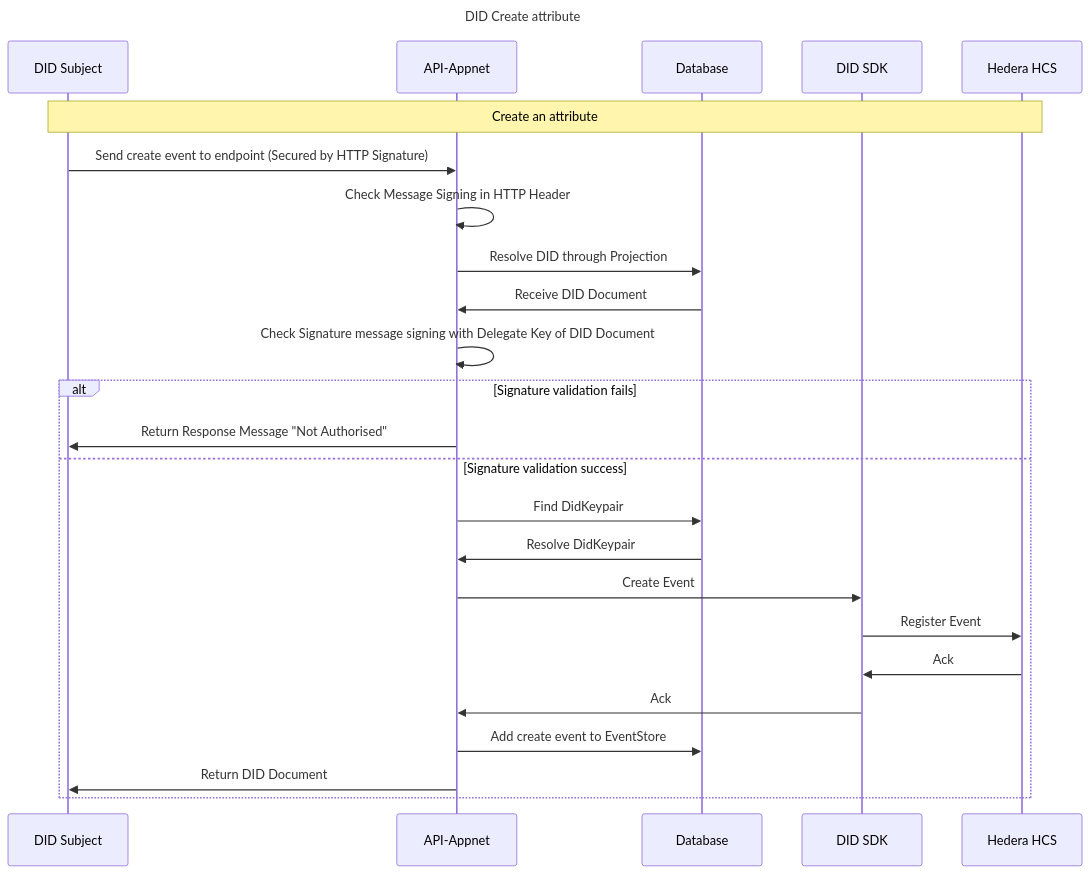
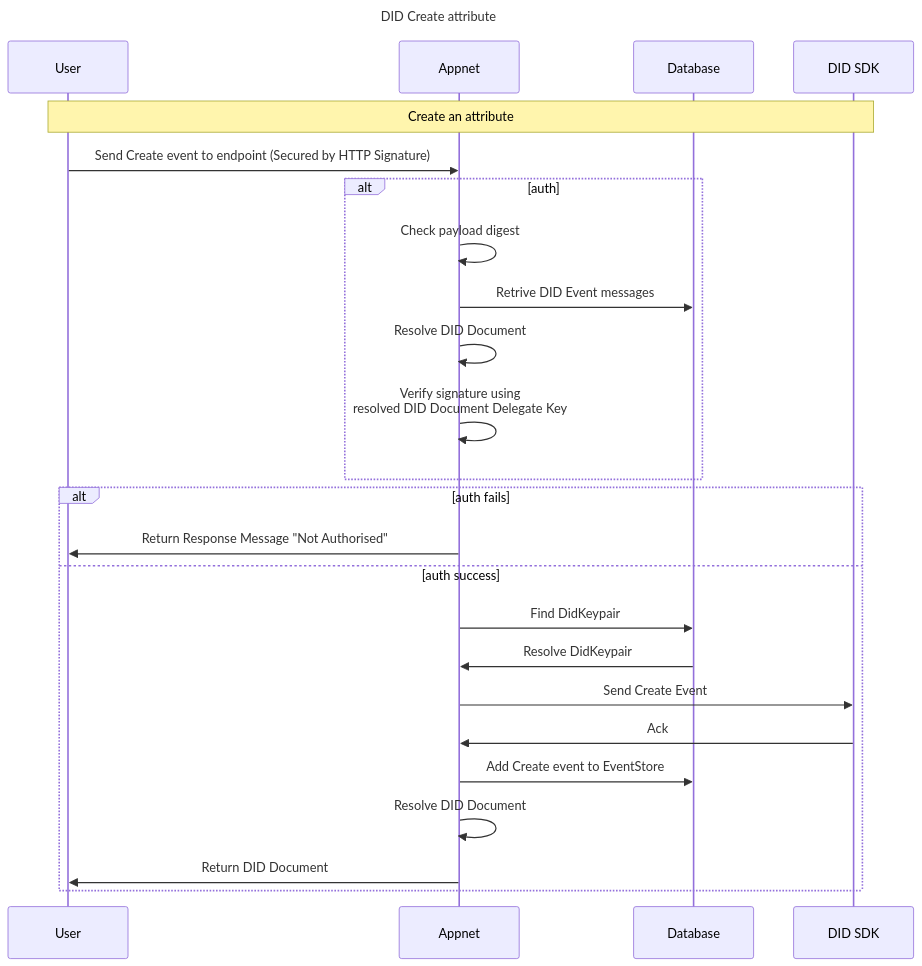
Before and after one commit to Meeco/hedera-did-identity-network: the diagram in documentation/diagrams/did-create-attribute.mmd, drawn with Mermaid.

```diff
--- a/documentation/diagrams/did-create-attribute.mmd
+++ b/documentation/diagrams/did-create-attribute.mmd
@@ -1,27 +1,27 @@
 sequenceDiagram
 Title: DID Create attribute
 
-participant Subject as DID Subject
-participant API as API-Appnet
+participant Subject as User
+participant API as Appnet
 participant Database as Database
 participant DIDSDK as DID SDK
-participant HCS as Hedera HCS
 
-note over Subject,HCS: Create an attribute
-Subject ->> API: Send create event to endpoint (Secured by HTTP Signature)
-API ->> API: Check Message Signing in HTTP Header
-API ->> Database: Resolve DID through Projection
-Database ->> API: Receive DID Document
-API ->> API: Check Signature message signing with Delegate Key of DID Document
-alt Signature validation fails
+note over Subject,DIDSDK: Create an attribute
+Subject ->> API: Send Create event to endpoint (Secured by HTTP Signature)
+alt auth
+API ->> API: Check payload digest
+API ->> Database: Retrive DID Event messages
+API ->> API: Resolve DID Document
+API ->> API: Verify signature using <br> resolved DID Document Delegate Key
+end 
+alt auth fails
 API ->> Subject: Return Response Message "Not Authorised"
-else Signature validation success
+else auth success
 API ->> Database: Find DidKeypair
 Database ->> API: Resolve DidKeypair
-API ->> DIDSDK: Create Event
-DIDSDK ->> HCS: Register Event
-HCS ->> DIDSDK: Ack
+API ->> DIDSDK: Send Create Event
 DIDSDK ->> API: Ack
-API ->> Database: Add create event to EventStore
+API ->> Database: Add Create event to EventStore
+API ->> API: Resolve DID Document
 API ->> Subject: Return DID Document
 end
```
